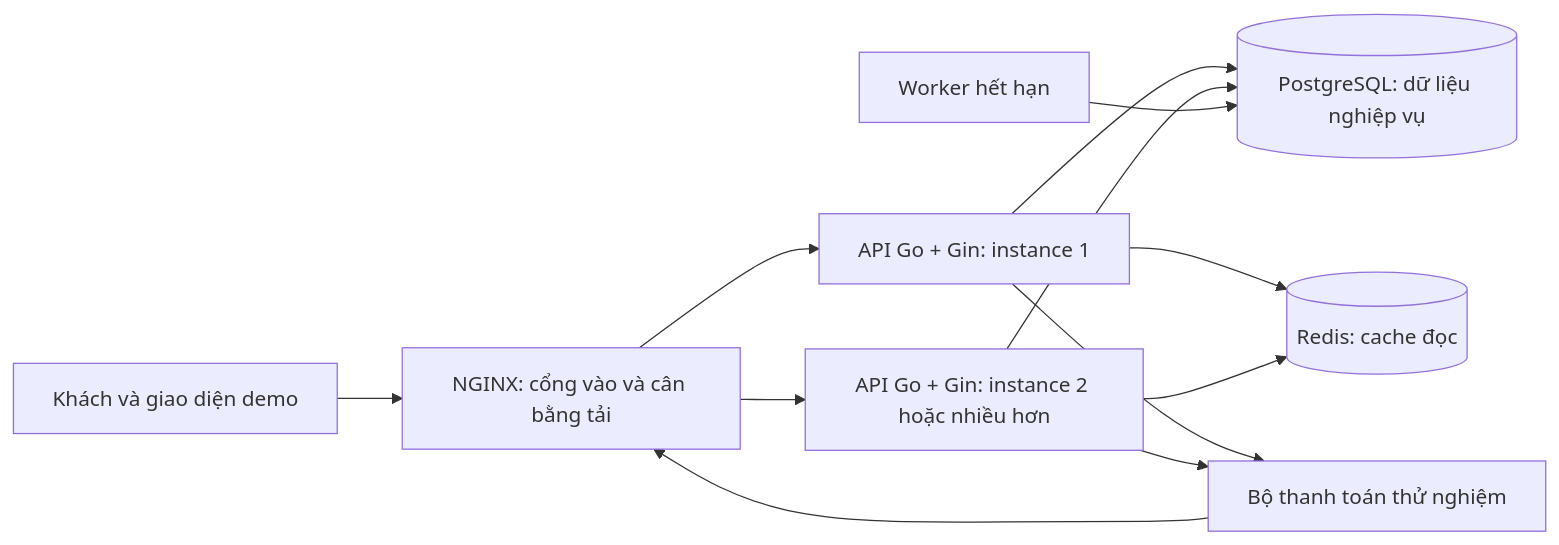
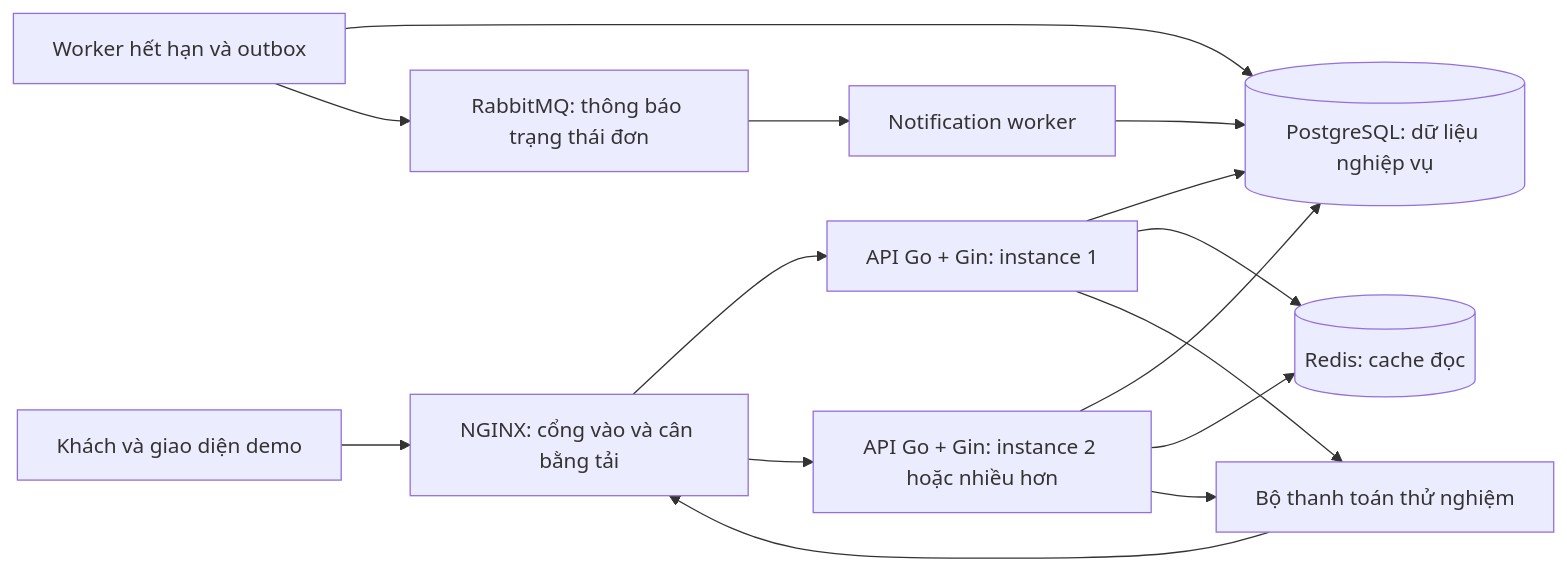
One commit to nguyenkhaan/scale-api-ecommerce changed the second of 2 diagrams in docs/prd.md. Above: the diagram before and after it, drawn with Mermaid. The commit also changed other lines of this file and 14 other files, not shown here.

````diff
--- a/docs/prd.md
+++ b/docs/prd.md
@@ -443,14 +461,17 @@
 ```mermaid
 flowchart LR
     C[Khách và giao diện demo] --> G[NGINX: cổng vào và cân bằng tải]
     G --> A1[API Go + Gin: instance 1]
     G --> A2[API Go + Gin: instance 2 hoặc nhiều hơn]
     A1 --> D[(PostgreSQL: dữ liệu nghiệp vụ)]
     A2 --> D
     A1 --> R[(Redis: cache đọc)]
     A2 --> R
-    W[Worker hết hạn] --> D
+    W[Worker hết hạn và outbox] --> D
+    W --> Q[RabbitMQ: thông báo trạng thái đơn]
+    Q --> NW[Notification worker]
+    NW --> D
     A1 --> P[Bộ thanh toán thử nghiệm]
     A2 --> P
     P --> G
 ```
````
